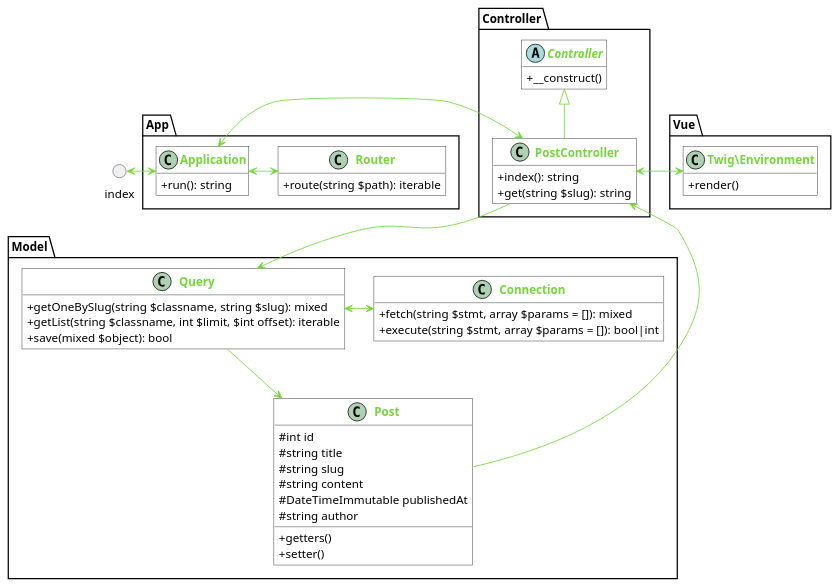
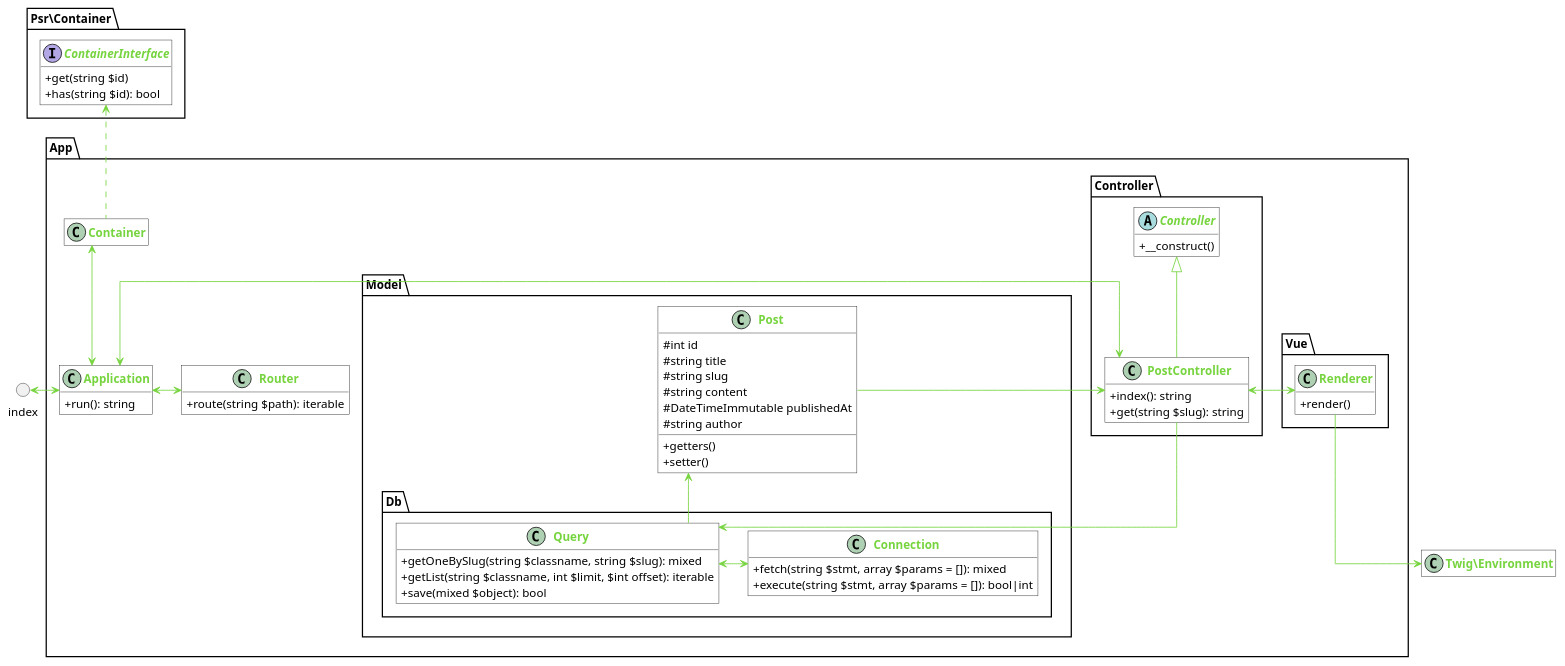
Before and after one commit to Tiriel/training-06-09-23: the diagram in uml/app.puml, drawn with PlantUML. The commit also changed 13 other files, not shown here.

Commit message:
Update UML

```diff
--- a/uml/app.puml
+++ b/uml/app.puml
@@ -1,71 +1,84 @@
 @startuml
 'https://plantuml.com/class-diagram
 
 'scale 400 height
 skinparam RoundCorner 0
 skinparam classFontColor 76d43e
 skinparam classBackgroundColor fff
 skinparam classFontStyle bold
 skinparam classAttributeIconSize 0
 skinparam ArrowColor 76d43e
+skinparam linetype ortho
 hide empty members
 
 circle index
 
 namespace App {
     class Application {
         + run(): string
     }
     class Router {
         + route(string $path): iterable
     }
-}
+    class Container {}
 
-namespace Controller {
-    abstract class Controller {
-        + __construct()
+    namespace Controller {
+        abstract class Controller {
+            + __construct()
+        }
+        class PostController extends Controller {
+            + index(): string
+            + get(string $slug): string
+        }
     }
-    class PostController extends Controller {
-        + index(): string
-        + get(string $slug): string
+
+    namespace Model {
+        class Post {
+            # int id
+            # string title
+            # string slug
+            # string content
+            # DateTimeImmutable publishedAt
+            # string author
+            + getters()
+            + setter()
+        }
+        namespace Db {
+            class Query {
+                + getOneBySlug(string $classname, string $slug): mixed
+                + getList(string $classname, int $limit, $int offset): iterable
+                + save(mixed $object): bool
+            }
+            class Connection {
+                + fetch(string $stmt, array $params = []): mixed
+                + execute(string $stmt, array $params = []): bool|int
+            }
+        }
+    }
+    namespace Vue {
+        class Renderer {
+            + render()
+        }
     }
 }
 
-namespace Model {
-    class Post {
-        # int id
-        # string title
-        # string slug
-        # string content
-        # DateTimeImmutable publishedAt
-        # string author
-        + getters()
-        + setter()
-    }
-    class Query {
-        + getOneBySlug(string $classname, string $slug): mixed
-        + getList(string $classname, int $limit, $int offset): iterable
-        + save(mixed $object): bool
-    }
-    class Connection {
-        + fetch(string $stmt, array $params = []): mixed
-        + execute(string $stmt, array $params = []): bool|int
-    }
-}
-
-namespace Vue {
-    class Twig\Environment {
-        + render()
+namespace Psr\Container {
+    interface ContainerInterface {
+        + get(string $id)
+        + has(string $id): bool
     }
 }
 
 index <-> Application
 Application <-> Router
+Application <-up-> Container
+Container .up.> ContainerInterface
 Application <-> PostController
 PostController --> Query
 Query <-> Connection
-Query --> Post
+Query -up-> Post
 Post --> PostController
-PostController <-> Twig\Environment
+PostController <-> Renderer
+Renderer --> Twig\Environment
 
 @enduml
```
